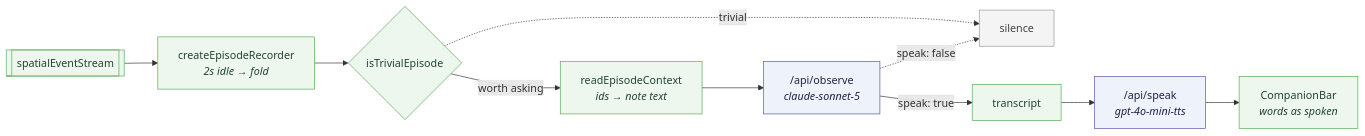
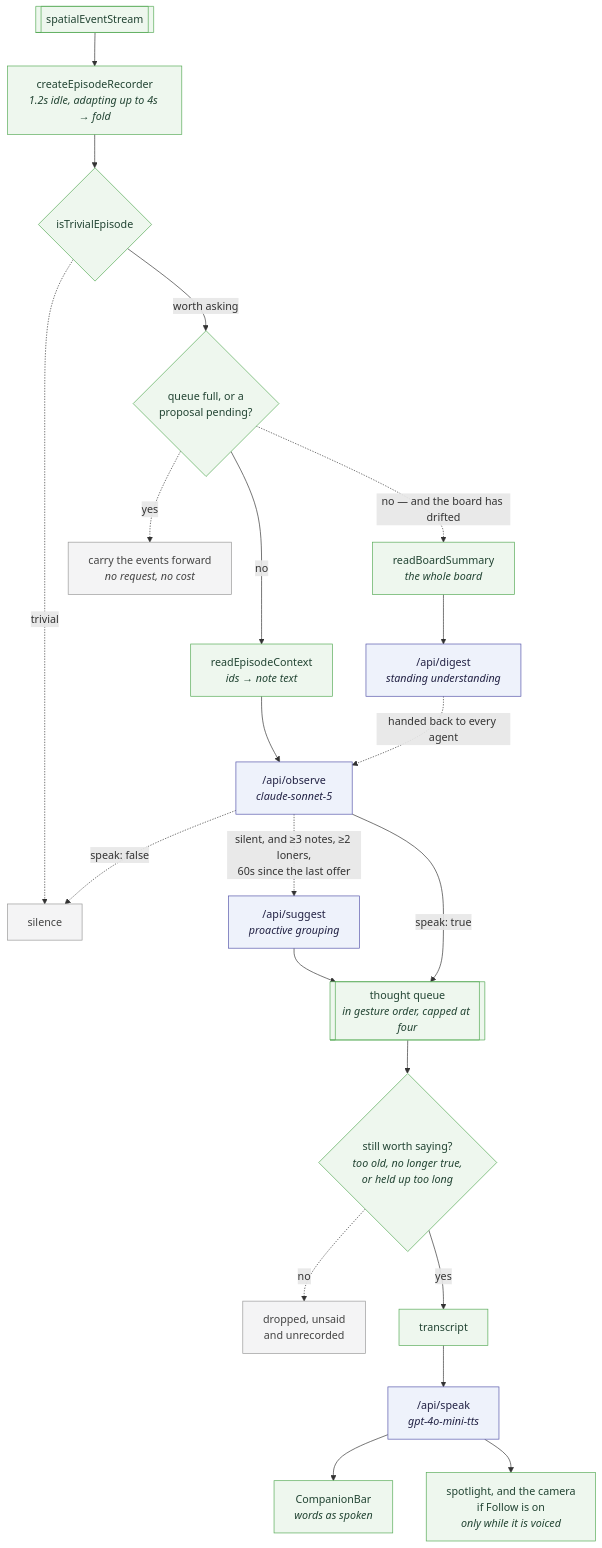
Before and after one commit to merdemkoc/llm-spatial-context: the third of 4 diagrams in README.md, drawn with Mermaid. The commit also changed other lines of this file and 12 other files, not shown here.

First line of the commit message:
Re-shoot the README figures, add the missing write-back figure, and fix stale prose (#19)

````diff
--- a/README.md
+++ b/README.md
@@ -473,19 +476,32 @@
 ```mermaid
-flowchart LR
-    stream[["spatialEventStream"]] --> rec["createEpisodeRecorder<br/><i>2s idle → fold</i>"]
+flowchart TB
+    stream[["spatialEventStream"]] --> rec["createEpisodeRecorder<br/><i>1.2s idle, adapting up to 4s → fold</i>"]
     rec --> gate{"isTrivialEpisode"}
     gate -.->|"trivial"| quiet["silence"]
-    gate -->|"worth asking"| ctx["readEpisodeContext<br/><i>ids → note text</i>"]
+    gate -->|"worth asking"| cap{"queue full, or a<br/>proposal pending?"}
+    cap -.->|"yes"| carry["carry the events forward<br/><i>no request, no cost</i>"]
+    cap -->|"no"| ctx["readEpisodeContext<br/><i>ids → note text</i>"]
     ctx --> obs["/api/observe<br/><i>claude-sonnet-5</i>"]
+
+    cap -.->|"no — and the board has drifted"| sum["readBoardSummary<br/><i>the whole board</i>"]
+    sum --> dig["/api/digest<br/><i>standing understanding</i>"]
+    dig -.->|"handed back to every agent"| obs
+
     obs -.->|"speak: false"| quiet
-    obs -->|"speak: true"| tx["transcript"]
+    obs -.->|"silent, and ≥3 notes, ≥2 loners,<br/>60s since the last offer"| sug["/api/suggest<br/><i>proactive grouping</i>"]
+    obs -->|"speak: true"| q[["thought queue<br/><i>in gesture order, capped at four</i>"]]
+    sug --> q
+    q --> door{"still worth saying?<br/><i>too old, no longer true,<br/>or held up too long</i>"}
+    door -.->|"no"| dropped["dropped, unsaid<br/>and unrecorded"]
+    door -->|"yes"| tx["transcript"]
     tx --> spk["/api/speak<br/><i>gpt-4o-mini-tts</i>"]
     spk --> bar["CompanionBar<br/><i>words as spoken</i>"]
+    spk --> spot["spotlight, and the camera<br/>if Follow is on<br/><i>only while it is voiced</i>"]
 
     classDef built fill:#eef7ee,stroke:#5a5,color:#243;
     classDef hush fill:#f4f4f5,stroke:#999,color:#444;
     classDef seam fill:#eef2fb,stroke:#55a,color:#224;
-    class stream,rec,gate,ctx,tx,bar built;
-    class obs,spk seam;
-    class quiet hush;
+    class stream,rec,gate,cap,ctx,sum,tx,bar,q,door,spot built;
+    class obs,spk,dig,sug seam;
+    class quiet,carry,dropped hush;
 ```
````
